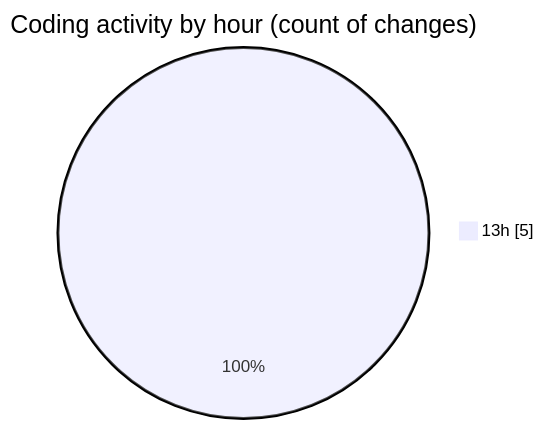
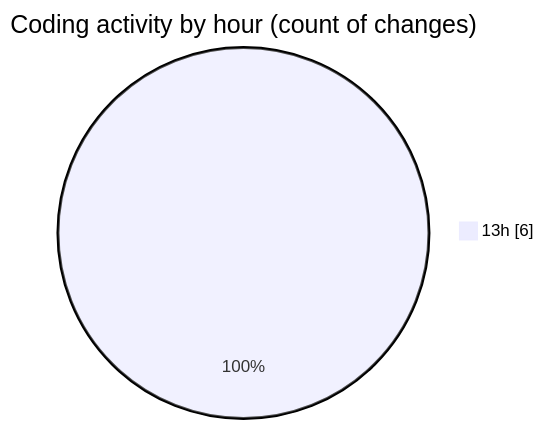
Before and after one commit to MatusMokan/code-tracking: the second of 2 diagrams in 2025-10-04/untitled__workspace_/README.md, drawn with Mermaid. The commit also changed other lines of this file and 1 other file, not shown here.

````diff
--- a/2025-10-04/untitled__workspace_/README.md
+++ b/2025-10-04/untitled__workspace_/README.md
@@ -31,5 +33,5 @@
 ```mermaid
 pie showData
 title Coding activity by hour (count of changes)
-"13h" : 5
+"13h" : 6
 ```
````
